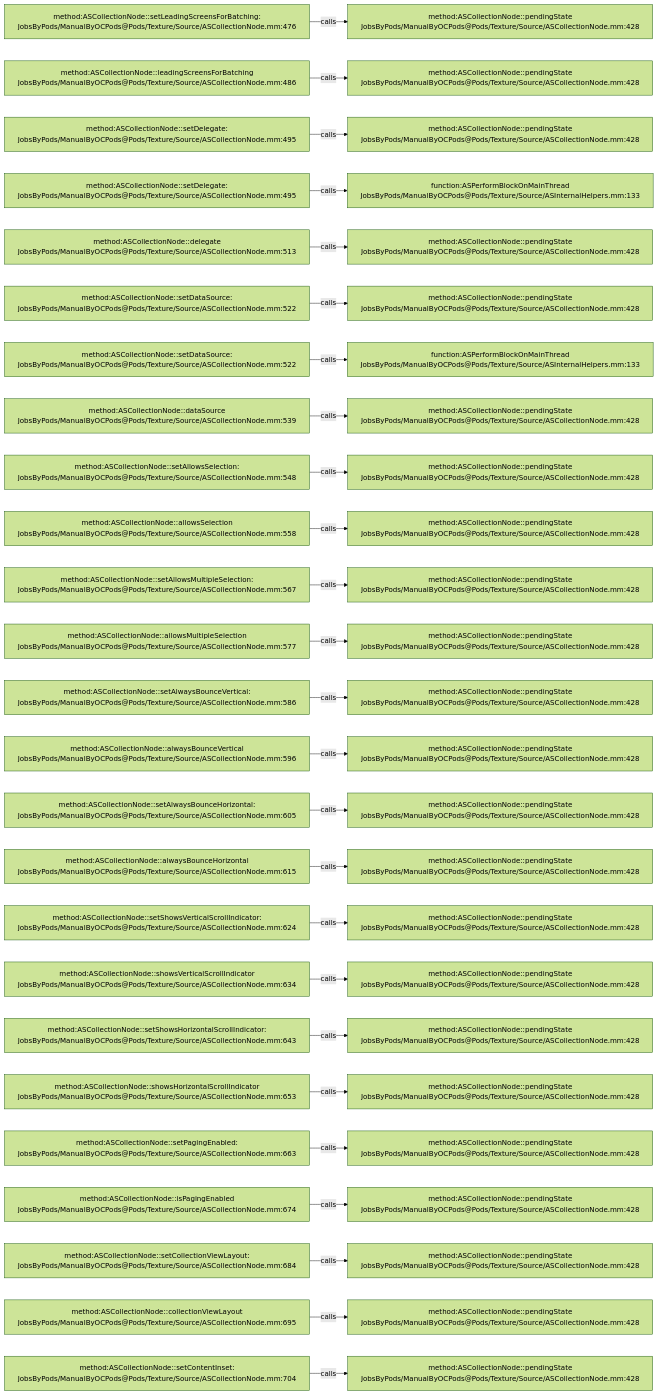
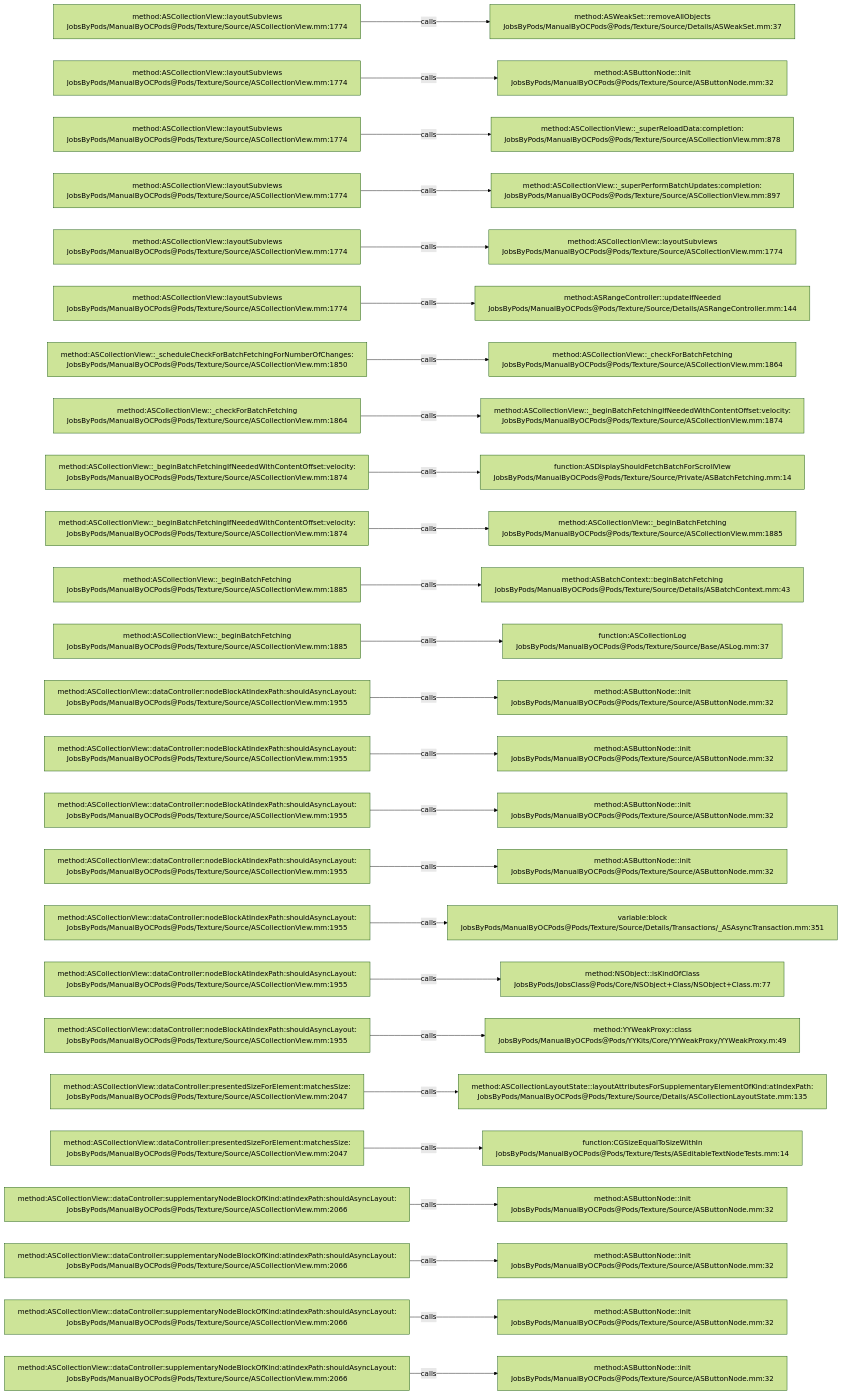
Before and after one commit to JobsKits/JobsOCBaseConfigDemo: the diagram in .codegraph/codegraph.md/graphs/calls-075.md, drawn with Mermaid (forest theme). The commit also changed 1448 other files, not shown here.

````diff
--- a/.codegraph/codegraph.md/graphs/calls-075.md
+++ b/.codegraph/codegraph.md/graphs/calls-075.md
@@ -13,78 +13,78 @@
 ```mermaid
 flowchart LR
-  S1["method:ASCollectionNode::setLeadingScreensForBatching:<br/>JobsByPods/ManualByOCPods@Pods/Texture/Source/ASCollectionNode.mm:476"]
-  T1["method:ASCollectionNode::pendingState<br/>JobsByPods/ManualByOCPods@Pods/Texture/Source/ASCollectionNode.mm:428"]
+  S1["method:ASCollectionView::layoutSubviews<br/>JobsByPods/ManualByOCPods@Pods/Texture/Source/ASCollectionView.mm:1774"]
+  T1["method:ASWeakSet::removeAllObjects<br/>JobsByPods/ManualByOCPods@Pods/Texture/Source/Details/ASWeakSet.mm:37"]
   S1 -->|calls| T1
-  S2["method:ASCollectionNode::leadingScreensForBatching<br/>JobsByPods/ManualByOCPods@Pods/Texture/Source/ASCollectionNode.mm:486"]
-  T2["method:ASCollectionNode::pendingState<br/>JobsByPods/ManualByOCPods@Pods/Texture/Source/ASCollectionNode.mm:428"]
+  S2["method:ASCollectionView::layoutSubviews<br/>JobsByPods/ManualByOCPods@Pods/Texture/Source/ASCollectionView.mm:1774"]
+  T2["method:ASButtonNode::init<br/>JobsByPods/ManualByOCPods@Pods/Texture/Source/ASButtonNode.mm:32"]
   S2 -->|calls| T2
-  S3["method:ASCollectionNode::setDelegate:<br/>JobsByPods/ManualByOCPods@Pods/Texture/Source/ASCollectionNode.mm:495"]
-  T3["method:ASCollectionNode::pendingState<br/>JobsByPods/ManualByOCPods@Pods/Texture/Source/ASCollectionNode.mm:428"]
+  S3["method:ASCollectionView::layoutSubviews<br/>JobsByPods/ManualByOCPods@Pods/Texture/Source/ASCollectionView.mm:1774"]
+  T3["method:ASCollectionView::_superReloadData:completion:<br/>JobsByPods/ManualByOCPods@Pods/Texture/Source/ASCollectionView.mm:878"]
   S3 -->|calls| T3
-  S4["method:ASCollectionNode::setDelegate:<br/>JobsByPods/ManualByOCPods@Pods/Texture/Source/ASCollectionNode.mm:495"]
-  T4["function:ASPerformBlockOnMainThread<br/>JobsByPods/ManualByOCPods@Pods/Texture/Source/ASInternalHelpers.mm:133"]
+  S4["method:ASCollectionView::layoutSubviews<br/>JobsByPods/ManualByOCPods@Pods/Texture/Source/ASCollectionView.mm:1774"]
+  T4["method:ASCollectionView::_superPerformBatchUpdates:completion:<br/>JobsByPods/ManualByOCPods@Pods/Texture/Source/ASCollectionView.mm:897"]
   S4 -->|calls| T4
-  S5["method:ASCollectionNode::delegate<br/>JobsByPods/ManualByOCPods@Pods/Texture/Source/ASCollectionNode.mm:513"]
-  T5["method:ASCollectionNode::pendingState<br/>JobsByPods/ManualByOCPods@Pods/Texture/Source/ASCollectionNode.mm:428"]
+  S5["method:ASCollectionView::layoutSubviews<br/>JobsByPods/ManualByOCPods@Pods/Texture/Source/ASCollectionView.mm:1774"]
+  T5["method:ASCollectionView::layoutSubviews<br/>JobsByPods/ManualByOCPods@Pods/Texture/Source/ASCollectionView.mm:1774"]
   S5 -->|calls| T5
-  S6["method:ASCollectionNode::setDataSource:<br/>JobsByPods/ManualByOCPods@Pods/Texture/Source/ASCollectionNode.mm:522"]
-  T6["method:ASCollectionNode::pendingState<br/>JobsByPods/ManualByOCPods@Pods/Texture/Source/ASCollectionNode.mm:428"]
+  S6["method:ASCollectionView::layoutSubviews<br/>JobsByPods/ManualByOCPods@Pods/Texture/Source/ASCollectionView.mm:1774"]
+  T6["method:ASRangeController::updateIfNeeded<br/>JobsByPods/ManualByOCPods@Pods/Texture/Source/Details/ASRangeController.mm:144"]
   S6 -->|calls| T6
-  S7["method:ASCollectionNode::setDataSource:<br/>JobsByPods/ManualByOCPods@Pods/Texture/Source/ASCollectionNode.mm:522"]
-  T7["function:ASPerformBlockOnMainThread<br/>JobsByPods/ManualByOCPods@Pods/Texture/Source/ASInternalHelpers.mm:133"]
+  S7["method:ASCollectionView::_scheduleCheckForBatchFetchingForNumberOfChanges:<br/>JobsByPods/ManualByOCPods@Pods/Texture/Source/ASCollectionView.mm:1850"]
+  T7["method:ASCollectionView::_checkForBatchFetching<br/>JobsByPods/ManualByOCPods@Pods/Texture/Source/ASCollectionView.mm:1864"]
   S7 -->|calls| T7
-  S8["method:ASCollectionNode::dataSource<br/>JobsByPods/ManualByOCPods@Pods/Texture/Source/ASCollectionNode.mm:539"]
-  T8["method:ASCollectionNode::pendingState<br/>JobsByPods/ManualByOCPods@Pods/Texture/Source/ASCollectionNode.mm:428"]
+  S8["method:ASCollectionView::_checkForBatchFetching<br/>JobsByPods/ManualByOCPods@Pods/Texture/Source/ASCollectionView.mm:1864"]
+  T8["method:ASCollectionView::_beginBatchFetchingIfNeededWithContentOffset:velocity:<br/>JobsByPods/ManualByOCPods@Pods/Texture/Source/ASCollectionView.mm:1874"]
   S8 -->|calls| T8
-  S9["method:ASCollectionNode::setAllowsSelection:<br/>JobsByPods/ManualByOCPods@Pods/Texture/Source/ASCollectionNode.mm:548"]
-  T9["method:ASCollectionNode::pendingState<br/>JobsByPods/ManualByOCPods@Pods/Texture/Source/ASCollectionNode.mm:428"]
+  S9["method:ASCollectionView::_beginBatchFetchingIfNeededWithContentOffset:velocity:<br/>JobsByPods/ManualByOCPods@Pods/Texture/Source/ASCollectionView.mm:1874"]
+  T9["function:ASDisplayShouldFetchBatchForScrollView<br/>JobsByPods/ManualByOCPods@Pods/Texture/Source/Private/ASBatchFetching.mm:14"]
   S9 -->|calls| T9
-  S10["method:ASCollectionNode::allowsSelection<br/>JobsByPods/ManualByOCPods@Pods/Texture/Source/ASCollectionNode.mm:558"]
-  T10["method:ASCollectionNode::pendingState<br/>JobsByPods/ManualByOCPods@Pods/Texture/Source/ASCollectionNode.mm:428"]
+  S10["method:ASCollectionView::_beginBatchFetchingIfNeededWithContentOffset:velocity:<br/>JobsByPods/ManualByOCPods@Pods/Texture/Source/ASCollectionView.mm:1874"]
+  T10["method:ASCollectionView::_beginBatchFetching<br/>JobsByPods/ManualByOCPods@Pods/Texture/Source/ASCollectionView.mm:1885"]
   S10 -->|calls| T10
-  S11["method:ASCollectionNode::setAllowsMultipleSelection:<br/>JobsByPods/ManualByOCPods@Pods/Texture/Source/ASCollectionNode.mm:567"]
-  T11["method:ASCollectionNode::pendingState<br/>JobsByPods/ManualByOCPods@Pods/Texture/Source/ASCollectionNode.mm:428"]
+  S11["method:ASCollectionView::_beginBatchFetching<br/>JobsByPods/ManualByOCPods@Pods/Texture/Source/ASCollectionView.mm:1885"]
+  T11["method:ASBatchContext::beginBatchFetching<br/>JobsByPods/ManualByOCPods@Pods/Texture/Source/Details/ASBatchContext.mm:43"]
   S11 -->|calls| T11
-  S12["method:ASCollectionNode::allowsMultipleSelection<br/>JobsByPods/ManualByOCPods@Pods/Texture/Source/ASCollectionNode.mm:577"]
-  T12["method:ASCollectionNode::pendingState<br/>JobsByPods/ManualByOCPods@Pods/Texture/Source/ASCollectionNode.mm:428"]
+  S12["method:ASCollectionView::_beginBatchFetching<br/>JobsByPods/ManualByOCPods@Pods/Texture/Source/ASCollectionView.mm:1885"]
+  T12["function:ASCollectionLog<br/>JobsByPods/ManualByOCPods@Pods/Texture/Source/Base/ASLog.mm:37"]
   S12 -->|calls| T12
-  S13["method:ASCollectionNode::setAlwaysBounceVertical:<br/>JobsByPods/ManualByOCPods@Pods/Texture/Source/ASCollectionNode.mm:586"]
-  T13["method:ASCollectionNode::pendingState<br/>JobsByPods/ManualByOCPods@Pods/Texture/Source/ASCollectionNode.mm:428"]
+  S13["method:ASCollectionView::dataController:nodeBlockAtIndexPath:shouldAsyncLayout:<br/>JobsByPods/ManualByOCPods@Pods/Texture/Source/ASCollectionView.mm:1955"]
+  T13["method:ASButtonNode::init<br/>JobsByPods/ManualByOCPods@Pods/Texture/Source/ASButtonNode.mm:32"]
   S13 -->|calls| T13
-  S14["method:ASCollectionNode::alwaysBounceVertical<br/>JobsByPods/ManualByOCPods@Pods/Texture/Source/ASCollectionNode.mm:596"]
-  T14["method:ASCollectionNode::pendingState<br/>JobsByPods/ManualByOCPods@Pods/Texture/Source/ASCollectionNode.mm:428"]
+  S14["method:ASCollectionView::dataController:nodeBlockAtIndexPath:shouldAsyncLayout:<br/>JobsByPods/ManualByOCPods@Pods/Texture/Source/ASCollectionView.mm:1955"]
+  T14["method:ASButtonNode::init<br/>JobsByPods/ManualByOCPods@Pods/Texture/Source/ASButtonNode.mm:32"]
   S14 -->|calls| T14
-  S15["method:ASCollectionNode::setAlwaysBounceHorizontal:<br/>JobsByPods/ManualByOCPods@Pods/Texture/Source/ASCollectionNode.mm:605"]
-  T15["method:ASCollectionNode::pendingState<br/>JobsByPods/ManualByOCPods@Pods/Texture/Source/ASCollectionNode.mm:428"]
+  S15["method:ASCollectionView::dataController:nodeBlockAtIndexPath:shouldAsyncLayout:<br/>JobsByPods/ManualByOCPods@Pods/Texture/Source/ASCollectionView.mm:1955"]
+  T15["method:ASButtonNode::init<br/>JobsByPods/ManualByOCPods@Pods/Texture/Source/ASButtonNode.mm:32"]
   S15 -->|calls| T15
-  S16["method:ASCollectionNode::alwaysBounceHorizontal<br/>JobsByPods/ManualByOCPods@Pods/Texture/Source/ASCollectionNode.mm:615"]
-  T16["method:ASCollectionNode::pendingState<br/>JobsByPods/ManualByOCPods@Pods/Texture/Source/ASCollectionNode.mm:428"]
+  S16["method:ASCollectionView::dataController:nodeBlockAtIndexPath:shouldAsyncLayout:<br/>JobsByPods/ManualByOCPods@Pods/Texture/Source/ASCollectionView.mm:1955"]
+  T16["method:ASButtonNode::init<br/>JobsByPods/ManualByOCPods@Pods/Texture/Source/ASButtonNode.mm:32"]
   S16 -->|calls| T16
-  S17["method:ASCollectionNode::setShowsVerticalScrollIndicator:<br/>JobsByPods/ManualByOCPods@Pods/Texture/Source/ASCollectionNode.mm:624"]
-  T17["method:ASCollectionNode::pendingState<br/>JobsByPods/ManualByOCPods@Pods/Texture/Source/ASCollectionNode.mm:428"]
+  S17["method:ASCollectionView::dataController:nodeBlockAtIndexPath:shouldAsyncLayout:<br/>JobsByPods/ManualByOCPods@Pods/Texture/Source/ASCollectionView.mm:1955"]
+  T17["variable:block<br/>JobsByPods/ManualByOCPods@Pods/Texture/Source/Details/Transactions/_ASAsyncTransaction.mm:351"]
   S17 -->|calls| T17
-  S18["method:ASCollectionNode::showsVerticalScrollIndicator<br/>JobsByPods/ManualByOCPods@Pods/Texture/Source/ASCollectionNode.mm:634"]
-  T18["method:ASCollectionNode::pendingState<br/>JobsByPods/ManualByOCPods@Pods/Texture/Source/ASCollectionNode.mm:428"]
+  S18["method:ASCollectionView::dataController:nodeBlockAtIndexPath:shouldAsyncLayout:<br/>JobsByPods/ManualByOCPods@Pods/Texture/Source/ASCollectionView.mm:1955"]
+  T18["method:NSObject::isKindOfClass<br/>JobsByPods/JobsClass@Pods/Core/NSObject+Class/NSObject+Class.m:77"]
   S18 -->|calls| T18
-  S19["method:ASCollectionNode::setShowsHorizontalScrollIndicator:<br/>JobsByPods/ManualByOCPods@Pods/Texture/Source/ASCollectionNode.mm:643"]
-  T19["method:ASCollectionNode::pendingState<br/>JobsByPods/ManualByOCPods@Pods/Texture/Source/ASCollectionNode.mm:428"]
+  S19["method:ASCollectionView::dataController:nodeBlockAtIndexPath:shouldAsyncLayout:<br/>JobsByPods/ManualByOCPods@Pods/Texture/Source/ASCollectionView.mm:1955"]
+  T19["method:YYWeakProxy::class<br/>JobsByPods/ManualByOCPods@Pods/YYKits/Core/YYWeakProxy/YYWeakProxy.m:49"]
   S19 -->|calls| T19
-  S20["method:ASCollectionNode::showsHorizontalScrollIndicator<br/>JobsByPods/ManualByOCPods@Pods/Texture/Source/ASCollectionNode.mm:653"]
-  T20["method:ASCollectionNode::pendingState<br/>JobsByPods/ManualByOCPods@Pods/Texture/Source/ASCollectionNode.mm:428"]
+  S20["method:ASCollectionView::dataController:presentedSizeForElement:matchesSize:<br/>JobsByPods/ManualByOCPods@Pods/Texture/Source/ASCollectionView.mm:2047"]
+  T20["method:ASCollectionLayoutState::layoutAttributesForSupplementaryElementOfKind:atIndexPath:<br/>JobsByPods/ManualByOCPods@Pods/Texture/Source/Details/ASCollectionLayoutState.mm:135"]
   S20 -->|calls| T20
-  S21["method:ASCollectionNode::setPagingEnabled:<br/>JobsByPods/ManualByOCPods@Pods/Texture/Source/ASCollectionNode.mm:663"]
-  T21["method:ASCollectionNode::pendingState<br/>JobsByPods/ManualByOCPods@Pods/Texture/Source/ASCollectionNode.mm:428"]
+  S21["method:ASCollectionView::dataController:presentedSizeForElement:matchesSize:<br/>JobsByPods/ManualByOCPods@Pods/Texture/Source/ASCollectionView.mm:2047"]
+  T21["function:CGSizeEqualToSizeWithIn<br/>JobsByPods/ManualByOCPods@Pods/Texture/Tests/ASEditableTextNodeTests.mm:14"]
   S21 -->|calls| T21
-  S22["method:ASCollectionNode::isPagingEnabled<br/>JobsByPods/ManualByOCPods@Pods/Texture/Source/ASCollectionNode.mm:674"]
-  T22["method:ASCollectionNode::pendingState<br/>JobsByPods/ManualByOCPods@Pods/Texture/Source/ASCollectionNode.mm:428"]
+  S22["method:ASCollectionView::dataController:supplementaryNodeBlockOfKind:atIndexPath:shouldAsyncLayout:<br/>JobsByPods/ManualByOCPods@Pods/Texture/Source/ASCollectionView.mm:2066"]
+  T22["method:ASButtonNode::init<br/>JobsByPods/ManualByOCPods@Pods/Texture/Source/ASButtonNode.mm:32"]
   S22 -->|calls| T22
-  S23["method:ASCollectionNode::setCollectionViewLayout:<br/>JobsByPods/ManualByOCPods@Pods/Texture/Source/ASCollectionNode.mm:684"]
-  T23["method:ASCollectionNode::pendingState<br/>JobsByPods/ManualByOCPods@Pods/Texture/Source/ASCollectionNode.mm:428"]
+  S23["method:ASCollectionView::dataController:supplementaryNodeBlockOfKind:atIndexPath:shouldAsyncLayout:<br/>JobsByPods/ManualByOCPods@Pods/Texture/Source/ASCollectionView.mm:2066"]
+  T23["method:ASButtonNode::init<br/>JobsByPods/ManualByOCPods@Pods/Texture/Source/ASButtonNode.mm:32"]
   S23 -->|calls| T23
-  S24["method:ASCollectionNode::collectionViewLayout<br/>JobsByPods/ManualByOCPods@Pods/Texture/Source/ASCollectionNode.mm:695"]
-  T24["method:ASCollectionNode::pendingState<br/>JobsByPods/ManualByOCPods@Pods/Texture/Source/ASCollectionNode.mm:428"]
+  S24["method:ASCollectionView::dataController:supplementaryNodeBlockOfKind:atIndexPath:shouldAsyncLayout:<br/>JobsByPods/ManualByOCPods@Pods/Texture/Source/ASCollectionView.mm:2066"]
+  T24["method:ASButtonNode::init<br/>JobsByPods/ManualByOCPods@Pods/Texture/Source/ASButtonNode.mm:32"]
   S24 -->|calls| T24
-  S25["method:ASCollectionNode::setContentInset:<br/>JobsByPods/ManualByOCPods@Pods/Texture/Source/ASCollectionNode.mm:704"]
-  T25["method:ASCollectionNode::pendingState<br/>JobsByPods/ManualByOCPods@Pods/Texture/Source/ASCollectionNode.mm:428"]
+  S25["method:ASCollectionView::dataController:supplementaryNodeBlockOfKind:atIndexPath:shouldAsyncLayout:<br/>JobsByPods/ManualByOCPods@Pods/Texture/Source/ASCollectionView.mm:2066"]
+  T25["method:ASButtonNode::init<br/>JobsByPods/ManualByOCPods@Pods/Texture/Source/ASButtonNode.mm:32"]
   S25 -->|calls| T25
 ```
````
